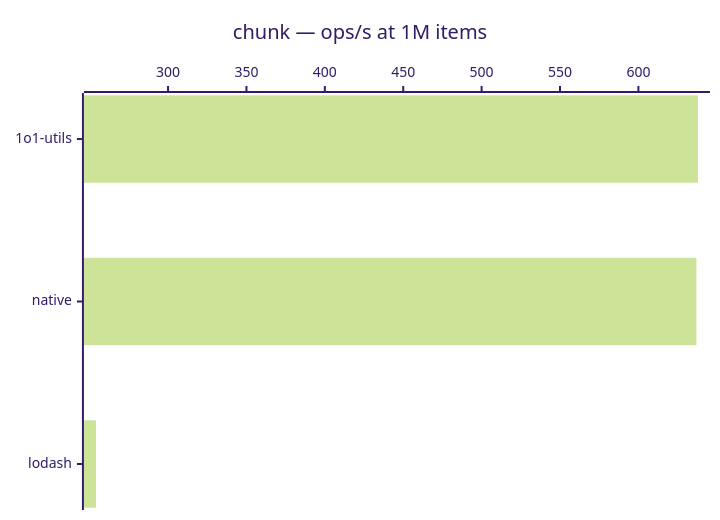
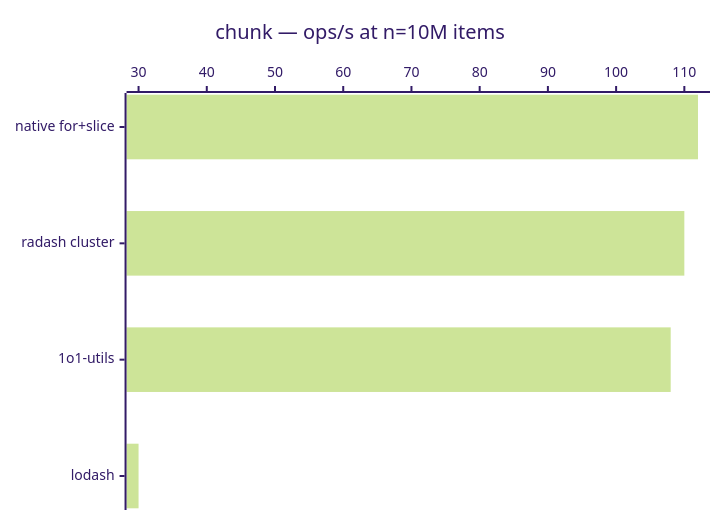
The diagram in benchmarks/chunk.md (pedrotroccoli/1o1-utils), drawn with Mermaid (forest theme) before and after one commit. The commit also changed other lines of this file and 5 other files, not shown here.

````diff
--- a/benchmarks/chunk.md
+++ b/benchmarks/chunk.md
@@ -17,6 +17,6 @@
 ```mermaid
 xychart-beta horizontal
-  title "chunk — ops/s at 1M items"
-  x-axis ["1o1-utils", "native", "lodash"]
-  bar [638, 637, 254]
+  title "chunk — ops/s at n=10M items"
+  x-axis ["native for+slice", "radash cluster", "1o1-utils", "lodash"]
+  bar [112, 110, 108, 30]
 ```
````
